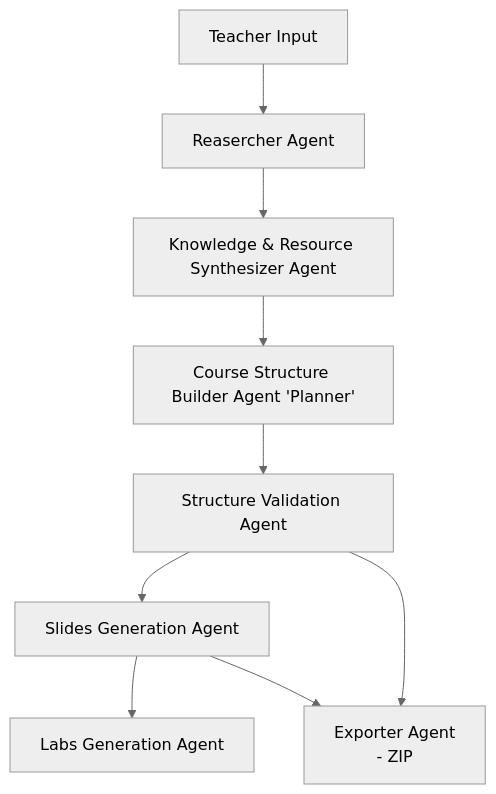
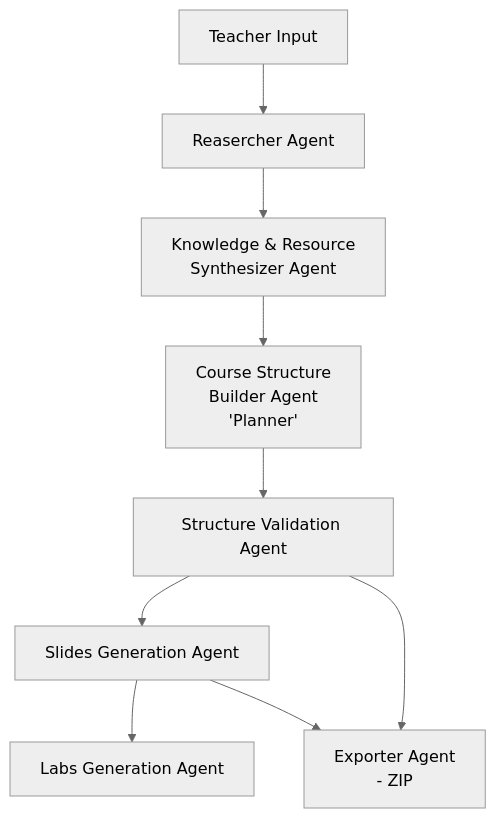
The diagram in README.md (FaiOnayq/minhaj), drawn with Mermaid (neutral theme) before and after one commit.

````diff
--- a/README.md
+++ b/README.md
@@ -25,12 +25,12 @@
 ```mermaid
 graph TD;
     A[Teacher Input] --> B[Reasercher Agent];
-    B --> C[Knowledge & Resource Synthesizer Agent];
-    C --> D[Course Structure Builder Agent 'Planner'];
+    B --> C[Knowledge & Resource<br/> Synthesizer Agent];
+    C --> D[Course Structure <br/>Builder Agent <br/>'Planner'];
     D --> E[Structure Validation Agent];
     E --> F[Slides Generation Agent];
     F --> G[Labs Generation Agent];
     F --> H[Quizzes Generation Agent]
     E --> H[Exporter Agent<br/>- ZIP];
 
 ```
````
